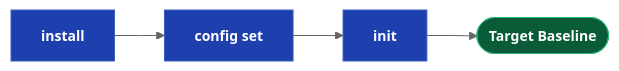
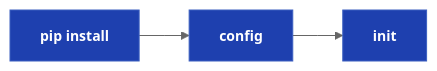
The second of 9 diagrams in docs/Drydock_Specification.md (webcloudstudio/Drydock), drawn with Mermaid before and after one commit. The commit also changed other lines of this file, not shown here.

Commit message:
Update SAIL specification front page and setup flow

````diff
--- a/docs/Drydock_Specification.md
+++ b/docs/Drydock_Specification.md
@@ -153,14 +158,13 @@
 ```mermaid
 %%{init: {'theme': 'neutral', 'flowchart': {'curve': 'linear'}, 'themeVariables': {'fontSize': '14px'}}}%%
 flowchart LR
   classDef dir    fill:#0a5c38,stroke:#2cb67d,color:#fff,font-weight:bold
   classDef md     fill:#d4a017,stroke:#a07810,color:#111,font-weight:bold
   classDef script fill:#1e40af,stroke:#3b5fc0,color:#fff,font-weight:bold
   classDef prompt fill:#c2410c,stroke:#ea580c,color:#fff,font-weight:bold
   classDef output fill:#6d28d9,stroke:#8b5cf6,color:#fff,font-weight:bold
   classDef web    fill:#be123c,stroke:#fb7185,color:#fff,font-weight:bold
 
-  INSTALL["install"]:::script --> CONFIG["config set"]:::script
+  INSTALL["pip install"]:::script --> CONFIG["config"]:::script
   CONFIG --> INIT["init"]:::script
-  INIT --> TARGET(["Target Baseline"]):::dir
 ```
````
